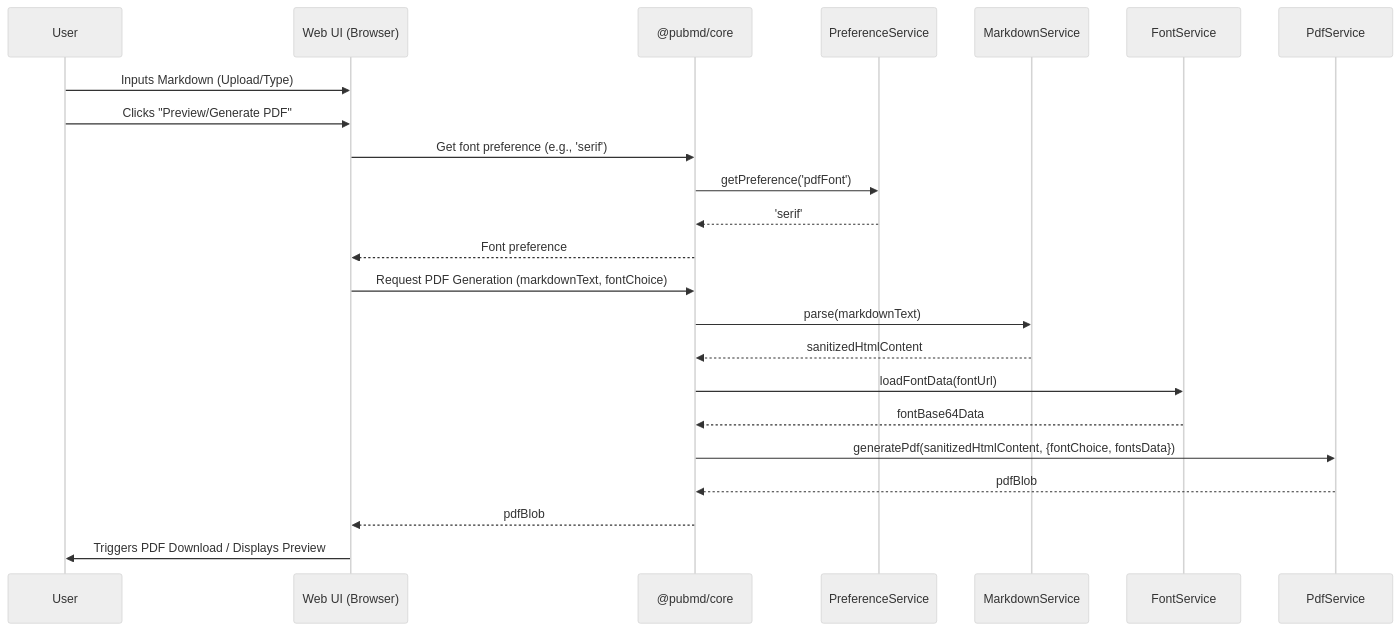
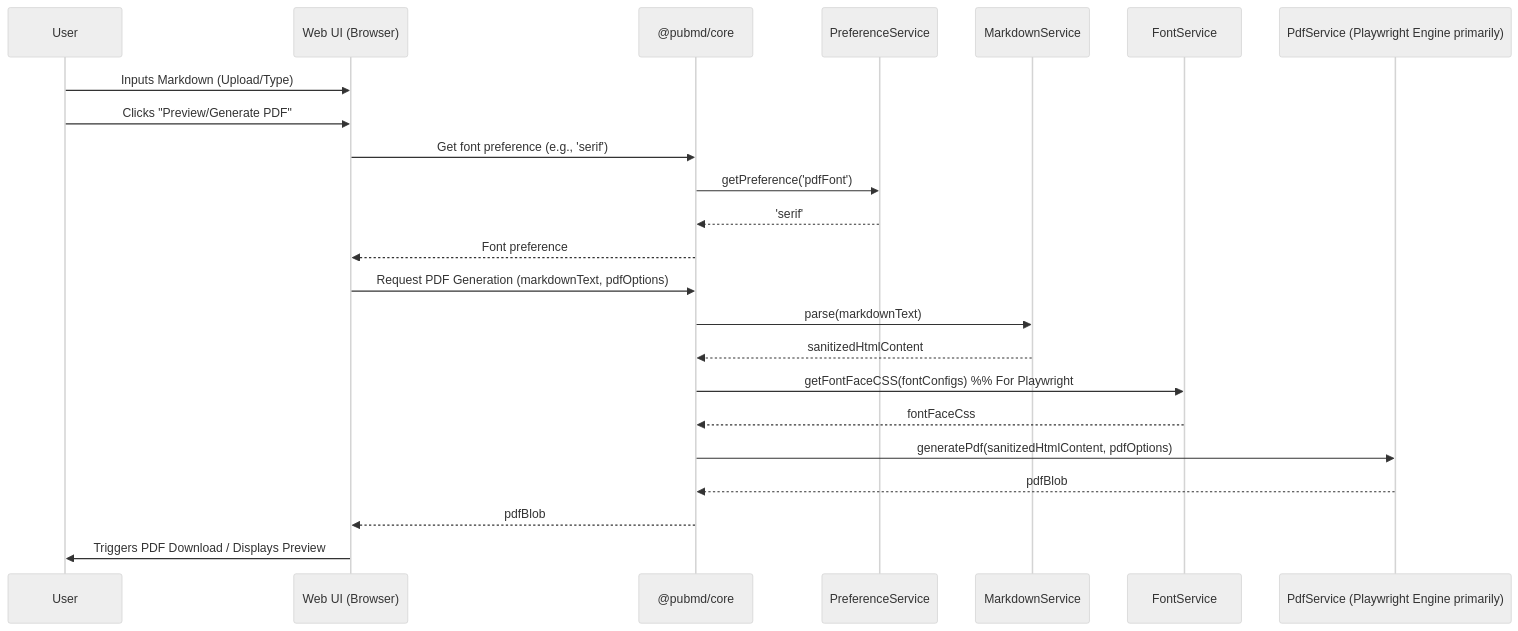
One commit to cgbarlow/pubmd changed the third of 5 diagrams in documentation/02_Architecture/Solution_Architecture_Design_Specification.md. Above: the diagram before and after it, drawn with Mermaid (neutral theme). The commit also changed other lines of this file and 13 other files, not shown here.

Commit message:
plan for pivot of pdf-service complete, and included high level plans for docx-service aligned to this.

````diff
--- a/documentation/02_Architecture/Solution_Architecture_Design_Specification.md
+++ b/documentation/02_Architecture/Solution_Architecture_Design_Specification.md
@@ -306,26 +305,27 @@
 ```mermaid
 sequenceDiagram
     participant User
     participant WebUI as Web UI (Browser)
     participant Core as @pubmd/core
     participant PrefSvc as PreferenceService
     participant MdSvc as MarkdownService
     participant FontSvc as FontService
-    participant PdfSvc as PdfService
+    participant PdfSvc as PdfService (Playwright Engine primarily)
 
     User->>WebUI: Inputs Markdown (Upload/Type)
     User->>WebUI: Clicks "Preview/Generate PDF"
     WebUI->>Core: Get font preference (e.g., 'serif')
     Core->>PrefSvc: getPreference('pdfFont')
     PrefSvc-->>Core: 'serif'
     Core-->>WebUI: Font preference
-    WebUI->>Core: Request PDF Generation (markdownText, fontChoice)
+    WebUI->>Core: Request PDF Generation (markdownText, pdfOptions)
     Core->>MdSvc: parse(markdownText)
     MdSvc-->>Core: sanitizedHtmlContent
-    Core->>FontSvc: loadFontData(fontUrl)
-    FontSvc-->>Core: fontBase64Data
-    Core->>PdfSvc: generatePdf(sanitizedHtmlContent, {fontChoice, fontsData})
+    Core->>FontSvc: getFontFaceCSS(fontConfigs) %% For Playwright
+    FontSvc-->>Core: fontFaceCss
+    %% PdfService (PlaywrightEngine) will use fontFaceCss
+    Core->>PdfSvc: generatePdf(sanitizedHtmlContent, pdfOptions)
     PdfSvc-->>Core: pdfBlob
     Core-->>WebUI: pdfBlob
     WebUI->>User: Triggers PDF Download / Displays Preview
 ```
````
